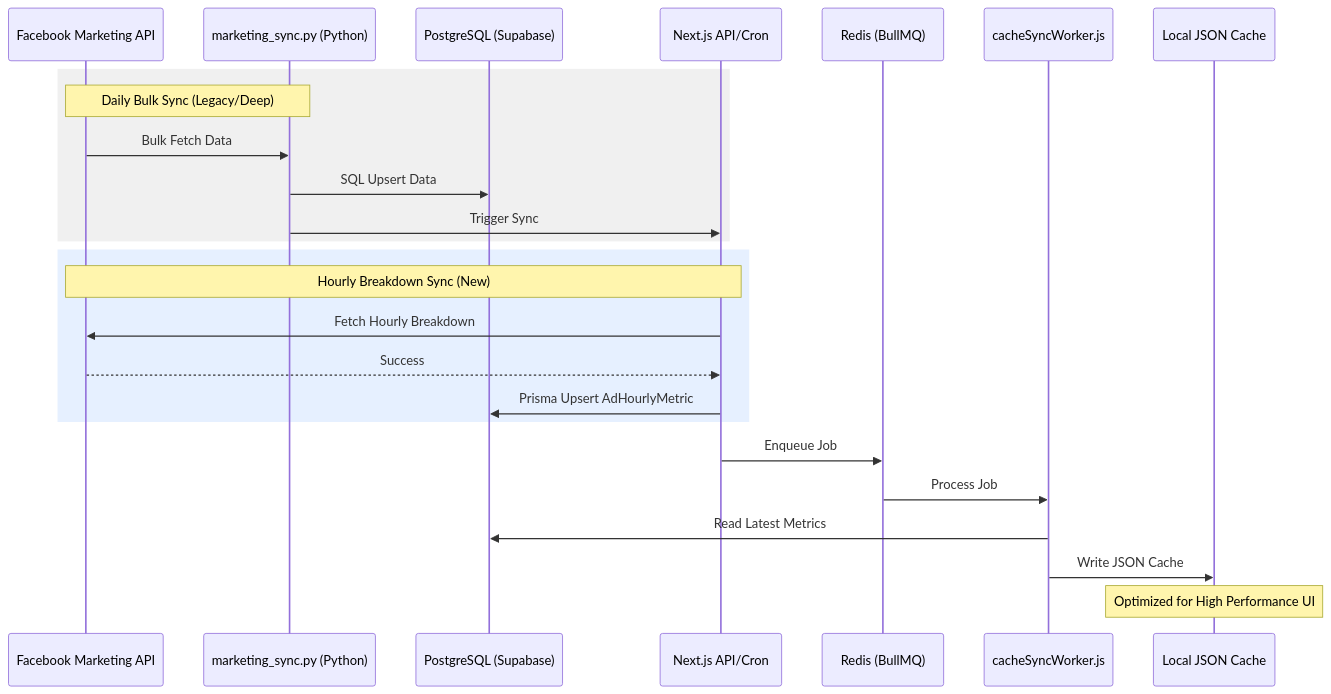
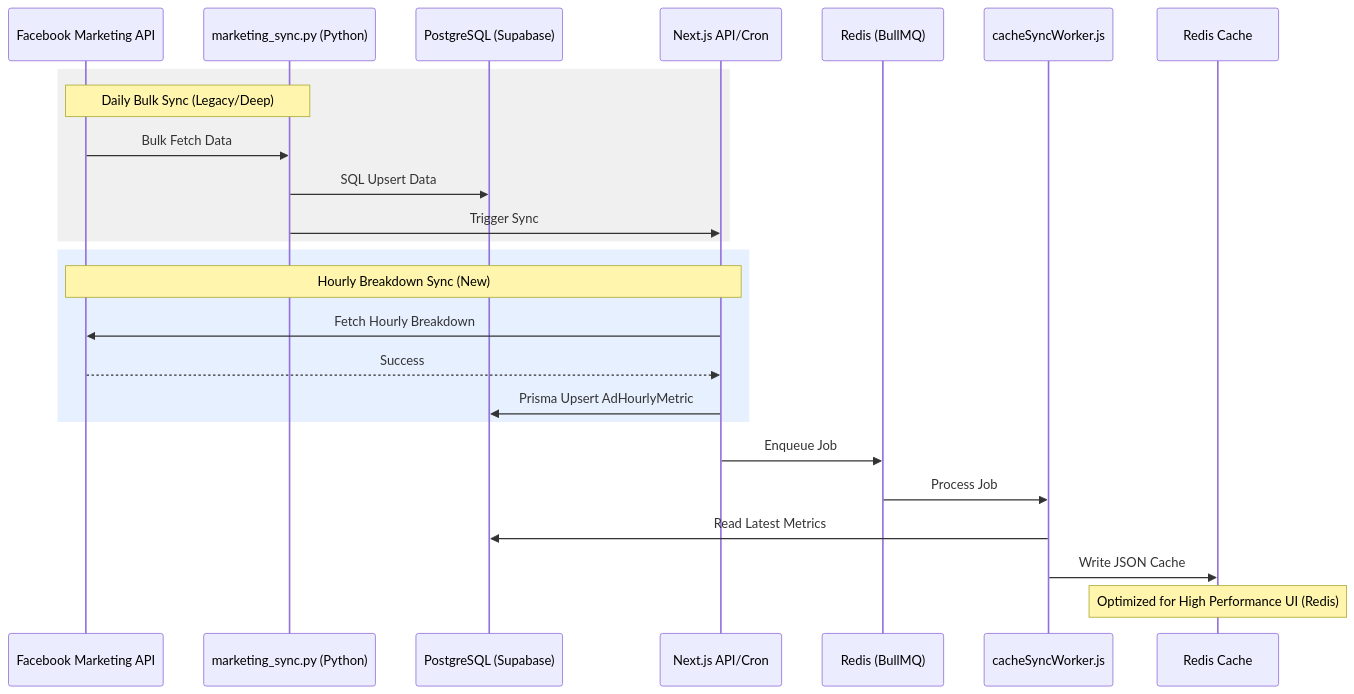
The fourth of 6 diagrams in docs/architecture/arc42-main.md (Freshair129/crmapp), drawn with Mermaid before and after one commit. The commit also changed other lines of this file and 18 other files, not shown here.

````diff
--- a/docs/architecture/arc42-main.md
+++ b/docs/architecture/arc42-main.md
@@ -123,30 +144,30 @@
 ```mermaid
 sequenceDiagram
     participant FB as Facebook Marketing API
     participant PS as marketing_sync.py (Python)
     participant DB as PostgreSQL (Supabase)
     participant NX as Next.js API/Cron
     participant RD as Redis (BullMQ)
     participant WK as cacheSyncWorker.js
-    participant LC as Local JSON Cache
+    participant LC as Redis Cache
 
     rect rgb(240, 240, 240)
         Note over PS, FB: Daily Bulk Sync (Legacy/Deep)
         FB->>PS: Bulk Fetch Data
         PS->>DB: SQL Upsert Data
         PS->>NX: Trigger Sync
     end
 
     rect rgb(230, 240, 255)
         Note over NX, FB: Hourly Breakdown Sync (New)
         NX->>FB: Fetch Hourly Breakdown
         FB-->>NX: Success
         NX->>DB: Prisma Upsert AdHourlyMetric
     end
 
     NX->>RD: Enqueue Job
     RD->>WK: Process Job
     WK->>DB: Read Latest Metrics
     WK->>LC: Write JSON Cache
-    Note over LC: Optimized for High Performance UI
+    Note over LC: Optimized for High Performance UI (Redis)
 ```
````
